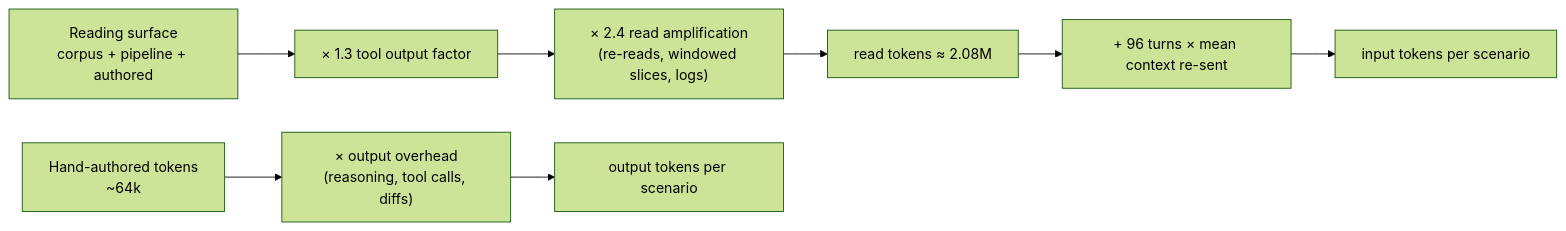
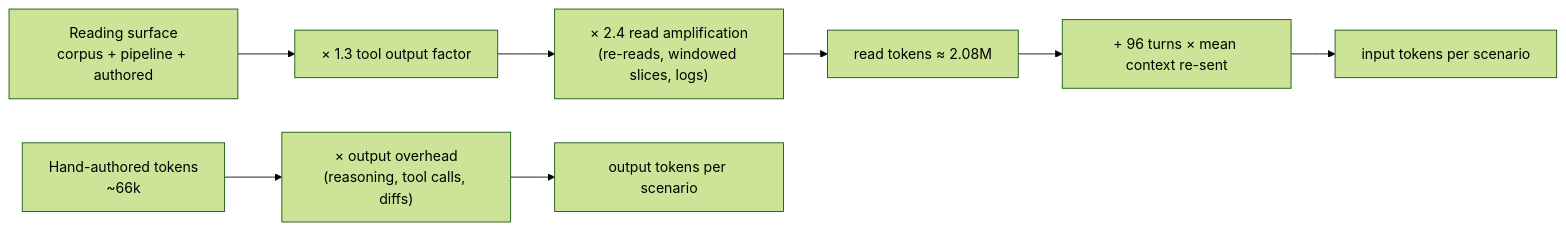
One commit to wezbest/IzRez-1 changed the first of 2 diagrams in W/w1/isr2/src/content/docs/14-site-build-report.md. Above: the diagram before and after it, drawn with Mermaid (forest theme). The commit also changed other lines of this file and 9 other files, not shown here.

````diff
--- a/W/w1/isr2/src/content/docs/14-site-build-report.md
+++ b/W/w1/isr2/src/content/docs/14-site-build-report.md
@@ -106,10 +106,10 @@
 ```mermaid
 flowchart LR
     A["Reading surface<br/>corpus + pipeline + authored"] --> B["× 1.3 tool output factor"]
     B --> C["× 2.4 read amplification<br/>(re-reads, windowed slices, logs)"]
     C --> D["read tokens ≈ 2.08M"]
     D --> E["+ 96 turns × mean context re-sent"]
     E --> F["input tokens per scenario"]
-    G["Hand-authored tokens<br/>~64k"] --> H["× output overhead<br/>(reasoning, tool calls, diffs)"]
+    G["Hand-authored tokens<br/>~66k"] --> H["× output overhead<br/>(reasoning, tool calls, diffs)"]
     H --> I["output tokens per scenario"]
 ```
````
